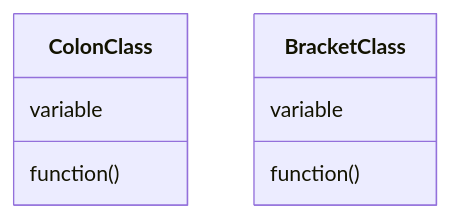
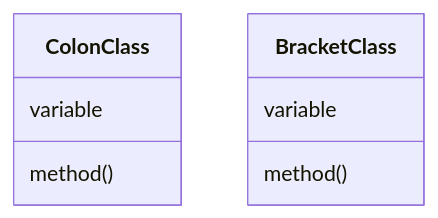
One commit to choesimin/choesimin.github.io changed the third of 10 diagrams in _notes/language/markdown/mermaid/class-diagram.md. Above: the diagram before and after it, drawn with Mermaid. The commit also changed other lines of this file, not shown here.

````diff
--- a/_notes/language/markdown/mermaid/class-diagram.md
+++ b/_notes/language/markdown/mermaid/class-diagram.md
@@ -153,11 +94,12 @@
 ```mermaid
 classDiagram
 
 class ColonClass
-    ColonClass : variable
-    ColonClass : function()
+ColonClass : variable
+ColonClass : method()
+
 class BracketClass {
     variable
-    function()
+    method()
 }
 ```
````
